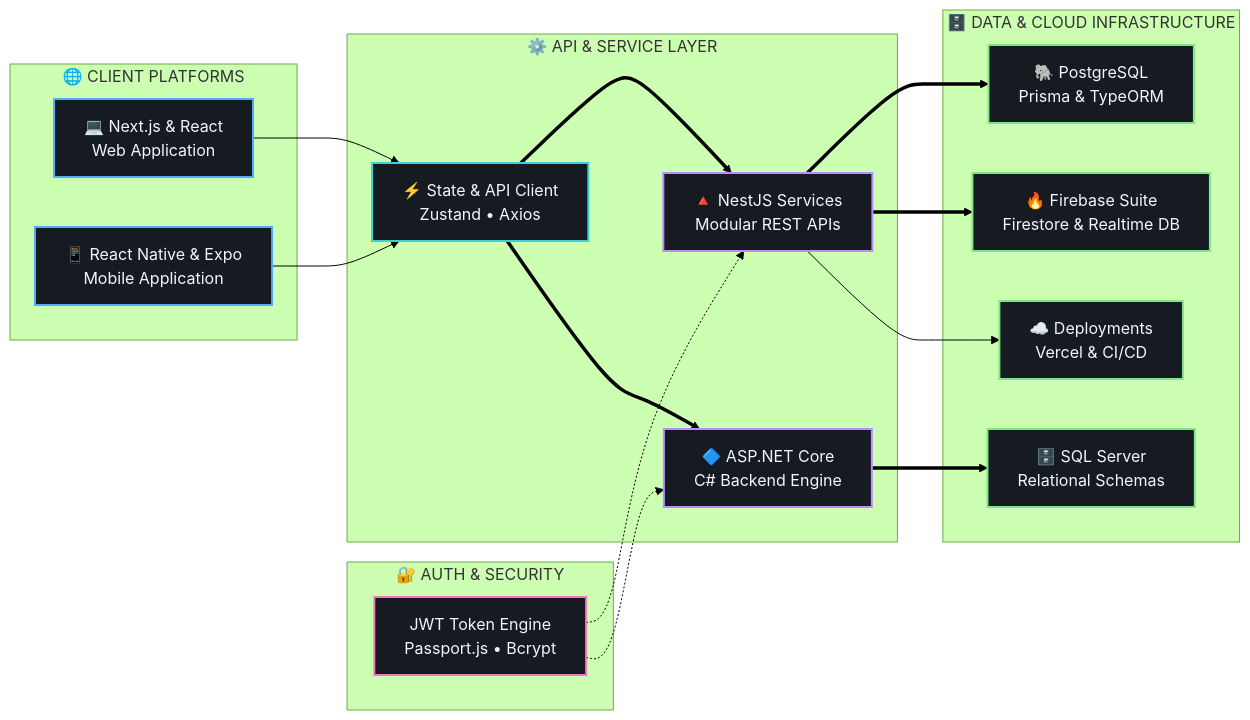
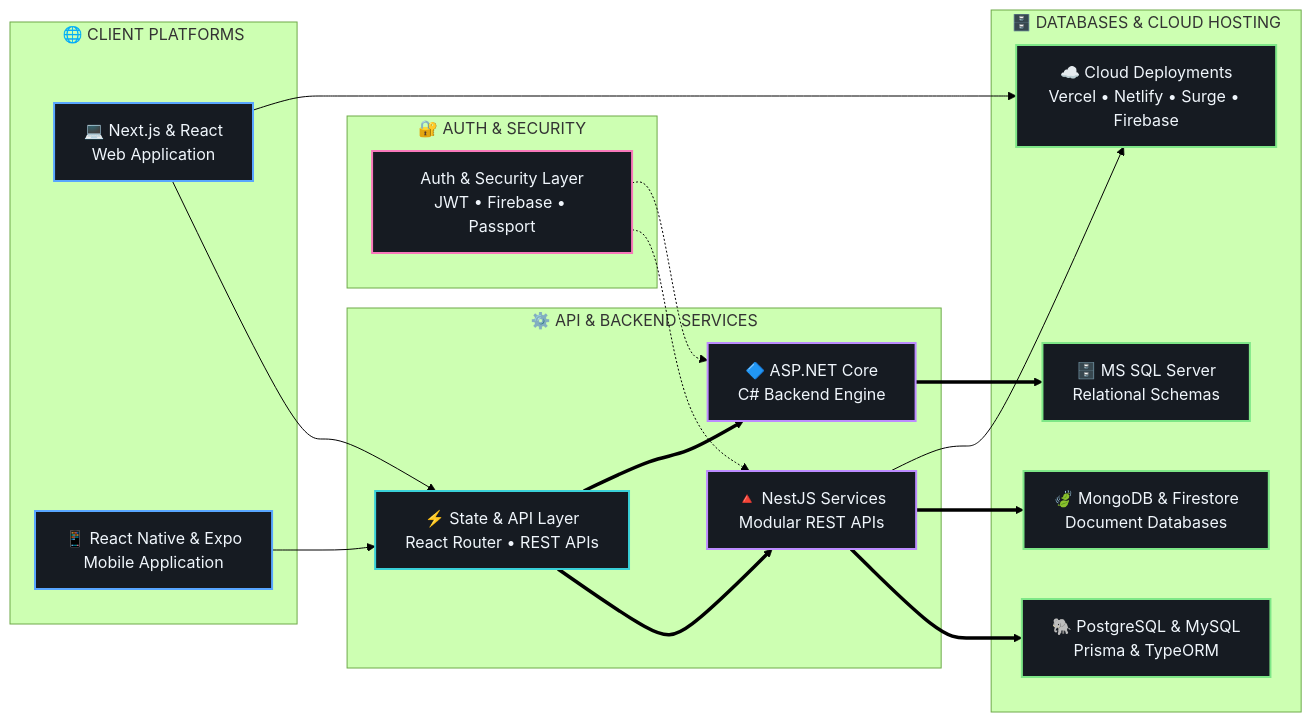
The diagram in README.md (FaiazRahmanFahim/FaiazRahmanFahim), drawn with Mermaid (forest theme) before and after one commit. The commit also changed other lines of this file and 7 other files, not shown here.

Commit message:
update: reflect accurate databases, cloud hosting, and API layers

````diff
--- a/README.md
+++ b/README.md
@@ -150,50 +150,51 @@
 ```mermaid
 flowchart LR
     %% Subgraphs
     subgraph Clients ["🌐 CLIENT PLATFORMS"]
         Web["💻 Next.js & React<br/>Web Application"]
         Mobile["📱 React Native & Expo<br/>Mobile Application"]
     end
 
     subgraph Security ["🔐 AUTH & SECURITY"]
-        Auth["JWT Token Engine<br/>Passport.js • Bcrypt"]
+        Auth["Auth & Security Layer<br/>JWT • Firebase • Passport"]
     end
 
-    subgraph CoreEngine ["⚙️ API & SERVICE LAYER"]
-        Gate["⚡ State & API Client<br/>Zustand • Axios"]
+    subgraph CoreEngine ["⚙️ API & BACKEND SERVICES"]
+        Gate["⚡ State & API Layer<br/>React Router • REST APIs"]
         Nest["🔺 NestJS Services<br/>Modular REST APIs"]
         DotNet["🔷 ASP.NET Core<br/>C# Backend Engine"]
     end
 
-    subgraph Storage ["🗄️ DATA & CLOUD INFRASTRUCTURE"]
-        Postgres["🐘 PostgreSQL<br/>Prisma & TypeORM"]
-        SQLServer["🗄️ SQL Server<br/>Relational Schemas"]
-        Firebase["🔥 Firebase Suite<br/>Firestore & Realtime DB"]
-        Cloud["☁️ Deployments<br/>Vercel & CI/CD"]
+    subgraph Storage ["🗄️ DATABASES & CLOUD HOSTING"]
+        Postgres["🐘 PostgreSQL & MySQL<br/>Prisma & TypeORM"]
+        Mongo["🍃 MongoDB & Firestore<br/>Document Databases"]
+        SQLServer["🗄️ MS SQL Server<br/>Relational Schemas"]
+        Cloud["☁️ Cloud Deployments<br/>Vercel • Netlify • Surge • Firebase"]
     end
 
     %% Connections
     Web --> Gate
     Mobile --> Gate
     Gate ==> Nest
     Gate ==> DotNet
     Auth -.-> Nest
     Auth -.-> DotNet
     Nest ==> Postgres
-    Nest ==> Firebase
+    Nest ==> Mongo
     DotNet ==> SQLServer
     Nest --> Cloud
+    Web --> Cloud
 
     %% Colors & Styling
     classDef clientStyle fill:#161b22,stroke:#58A6FF,stroke-width:2px,color:#f0f6fc;
     classDef gateStyle fill:#161b22,stroke:#39D0D8,stroke-width:2px,color:#f0f6fc;
     classDef backendStyle fill:#161b22,stroke:#BC8CFF,stroke-width:2px,color:#f0f6fc;
     classDef authStyle fill:#161b22,stroke:#F778BA,stroke-width:2px,color:#f0f6fc;
     classDef dbStyle fill:#161b22,stroke:#7EE787,stroke-width:2px,color:#f0f6fc;
 
     class Web,Mobile clientStyle;
     class Gate gateStyle;
     class Nest,DotNet backendStyle;
     class Auth authStyle;
-    class Postgres,SQLServer,Firebase,Cloud dbStyle;
+    class Postgres,Mongo,SQLServer,Cloud dbStyle;
 ```
````
